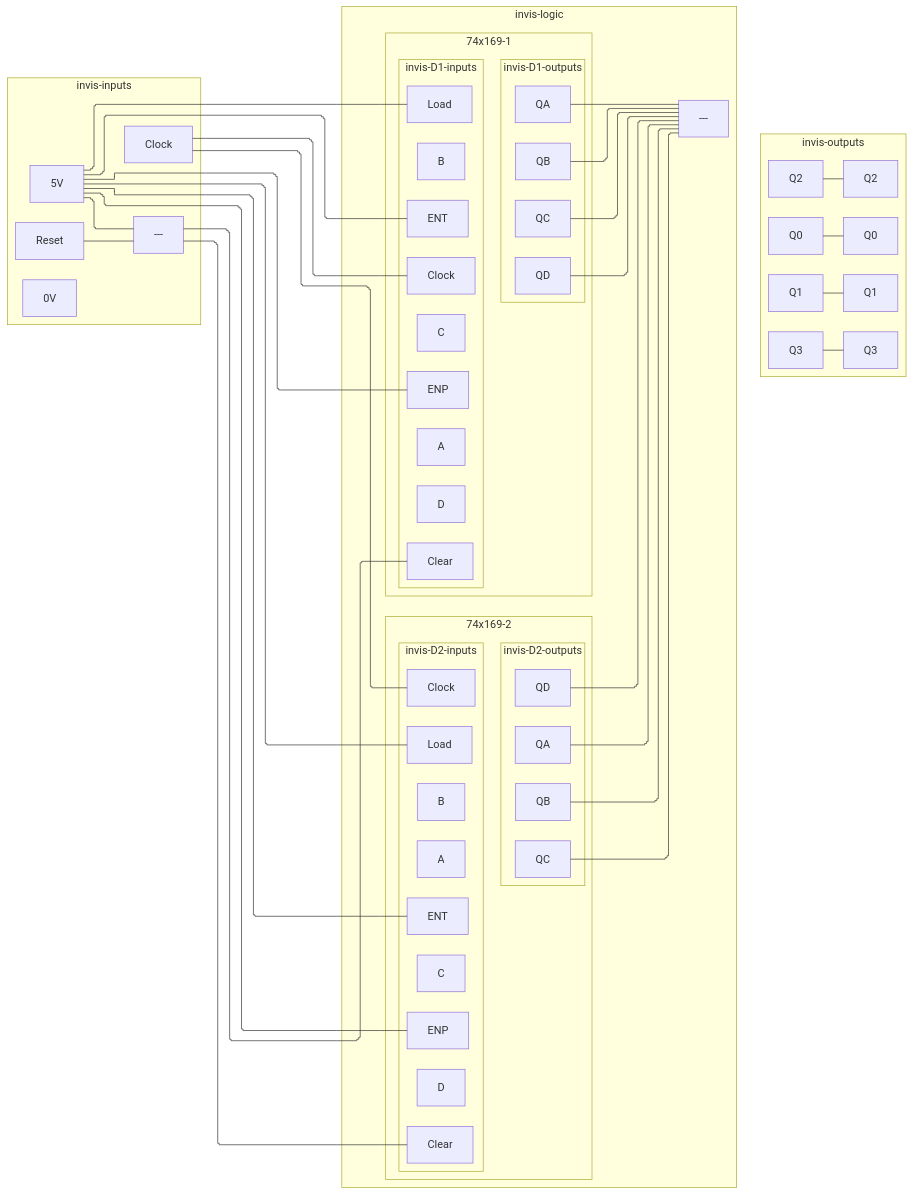
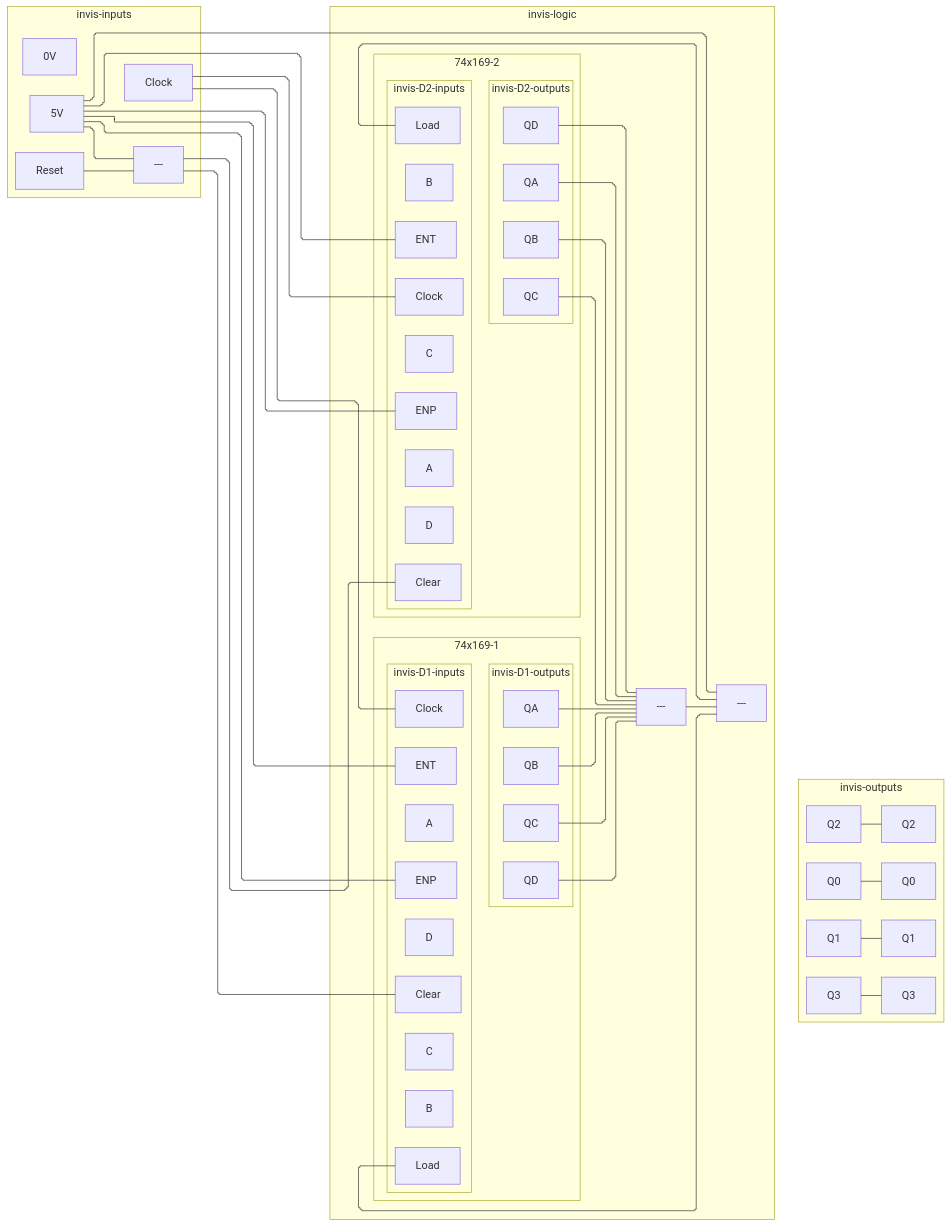
One commit to tnichols217/notes changed the seventh of 7 diagrams in CSDS 281 - Logic Design/HW/8/Tables.md. Above: the diagram before and after it, drawn with Mermaid.

Commit message:
vault backup: 2024-04-05 01:36:51

````diff
--- a/CSDS 281 - Logic Design/HW/8/Tables.md
+++ b/CSDS 281 - Logic Design/HW/8/Tables.md
@@ -327,69 +327,70 @@
 ```mermaid
 %%{ init: { 'flowchart': { 'curve': 'stepBefore', "defaultRenderer": "elk" } } }%%
 flowchart LR
 subgraph invis-inputs
 	Clock
 	5V
 	0V
 	Reset
 	Reset & 5V --- xor1[---]
 end
 subgraph invis-logic
 	subgraph 74x169-1
 		subgraph invis-D1-inputs
 			D1c[Clock]
 			D1CLR[Clear]
 			D1LD[Load]
 			D1ENP[ENP]
 			D1ENT[ENT]
 			D1A[A]
 			D1B[B]
 			D1C[C]
 			D1D[D]
 		end
 		Clock --- D1c
 		xor1 --- D1CLR
 		subgraph invis-D1-outputs
 			Q1A[QA]
 			Q1B[QB]
 			Q1C[QC]
 			Q1D[QD]
 		end
 		invis-D1-inputs ~~~ invis-D1-outputs
 	end
 	subgraph 74x169-2
 		subgraph invis-D2-inputs
 			D2c[Clock]
 			D2CLR[Clear]
 			D2LD[Load]
 			D2ENP[ENP]
 			D2ENT[ENT]
 			D2A[A]
 			D2B[B]
 			D2C[C]
 			D2D[D]
 		end
 		Clock --- D2c
 		xor1 --- D2CLR
 		subgraph invis-D2-outputs
 			Q2A[QA]
 			Q2B[QB]
 			Q2C[QC]
 			Q2D[QD]
 		end
 		invis-D2-inputs ~~~ invis-D2-outputs
 	end
-	5V --- D1LD & D1ENP & D1ENT
-	5V --- D2LD & D2ENP & D2ENT
+	5V --- D1ENP & D1ENT
+	5V --- D2ENP & D2ENT
 	Q1A & Q1B & Q1C & Q1D & Q2A & Q2B & Q2C & Q2D
 		--- nor1[---]
-	
+	5V & nor1 --- xor2[---]
+	xor2 --- D1LD & D2LD
 end
 subgraph invis-outputs
 	Q0 --- Q0O[Q0]
 	Q1 --- Q1O[Q1]
 	Q2 --- Q2O[Q2]
 	Q3 --- Q3O[Q3]
 end
 invis-inputs ~~~ invis-logic ~~~ invis-outputs
 ```
````
